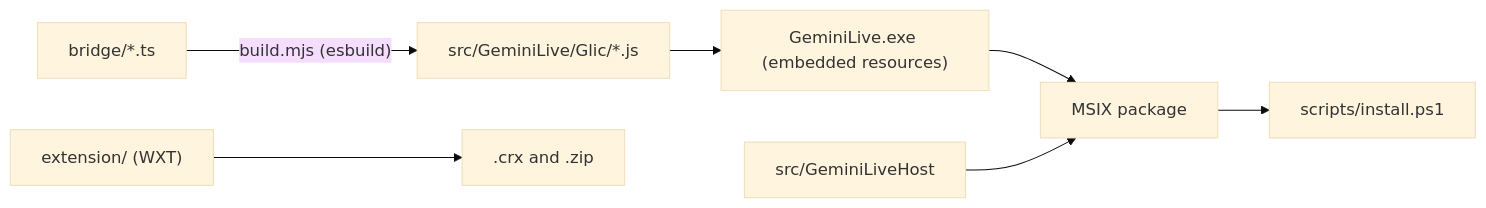
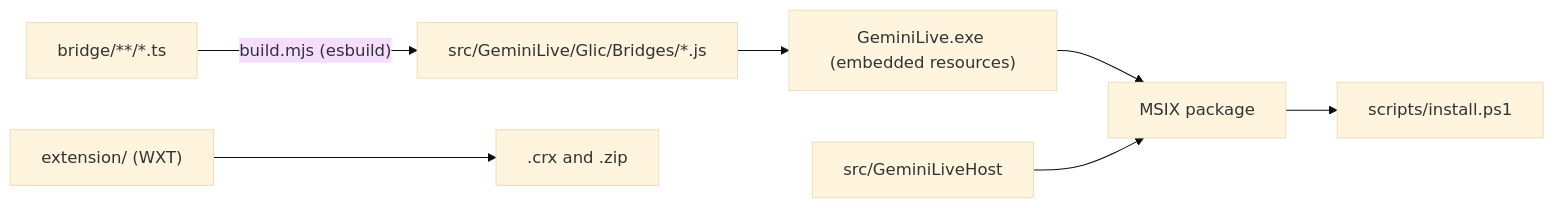
The sixth of 6 diagrams in ARCHITECTURE.md (avi12/gemini-live-for-windows), drawn with Mermaid (base theme) before and after one commit. The commit also changed other lines of this file and 1 other file, not shown here.

````diff
--- a/ARCHITECTURE.md
+++ b/ARCHITECTURE.md
@@ -163,9 +164,9 @@
 ```mermaid
 flowchart LR
-  TS["bridge/*.ts"] -->|"build.mjs (esbuild)"| JS["src/GeminiLive/Glic/*.js"]
+  TS["bridge/**/*.ts"] -->|"build.mjs (esbuild)"| JS["src/GeminiLive/Glic/Bridges/*.js"]
   JS --> App["GeminiLive.exe (embedded resources)"]
   Ext["extension/ (WXT)"] --> CRX[".crx and .zip"]
   App --> MSIX["MSIX package"]
   Host["src/GeminiLiveHost"] --> MSIX
   MSIX --> Install["scripts/install.ps1"]
 ```
````
